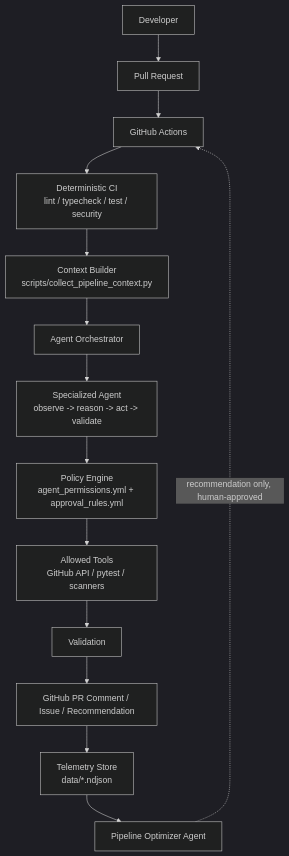
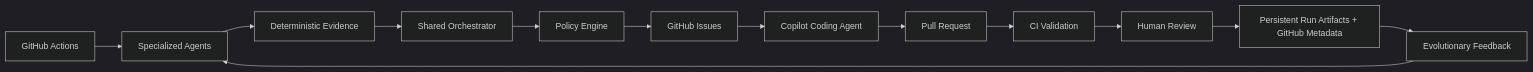
One commit to blockdalegend/evolutionarycicd changed the first of 2 diagrams in docs/architecture.md. Above: the diagram before and after it, drawn with Mermaid (dark theme). The commit also changed other lines of this file and 44 other files, not shown here.

````diff
--- a/docs/architecture.md
+++ b/docs/architecture.md
@@ -8,16 +8,15 @@
 ```mermaid
-flowchart TD
-    Dev[Developer] --> PR[Pull Request]
-    PR --> GHA[GitHub Actions]
-    GHA --> DCI[Deterministic CI\nlint / typecheck / test / security]
-    DCI --> CB[Context Builder\nscripts/collect_pipeline_context.py]
-    CB --> Orchestrator[Agent Orchestrator]
-    Orchestrator --> Agent[Specialized Agent\nobserve -> reason -> act -> validate]
-    Agent --> Policy[Policy Engine\nagent_permissions.yml + approval_rules.yml]
-    Policy --> Tools[Allowed Tools\nGitHub API / pytest / scanners]
-    Tools --> Validation[Validation]
-    Validation --> Output[GitHub PR Comment / Issue / Recommendation]
-    Output --> Telemetry[Telemetry Store\ndata/*.ndjson]
-    Telemetry --> Optimizer[Pipeline Optimizer Agent]
-    Optimizer -.->|recommendation only, human-approved| GHA
+flowchart LR
+  GHA[GitHub Actions] --> AGENTS[Specialized Agents]
+  AGENTS --> EVIDENCE[Deterministic Evidence]
+  EVIDENCE --> ORCH[Shared Orchestrator]
+  ORCH --> POLICY[Policy Engine]
+  POLICY --> ISSUES[GitHub Issues]
+  ISSUES --> COPILOT[Copilot Coding Agent]
+  COPILOT --> PR[Pull Request]
+  PR --> CI[CI Validation]
+  CI --> HUMAN[Human Review]
+  HUMAN --> TEL[Persistent Run Artifacts + GitHub Metadata]
+  TEL --> FEEDBACK[Evolutionary Feedback]
+  FEEDBACK --> AGENTS
 ```
````
